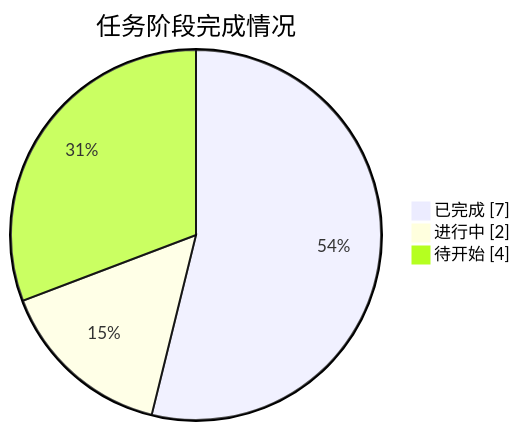
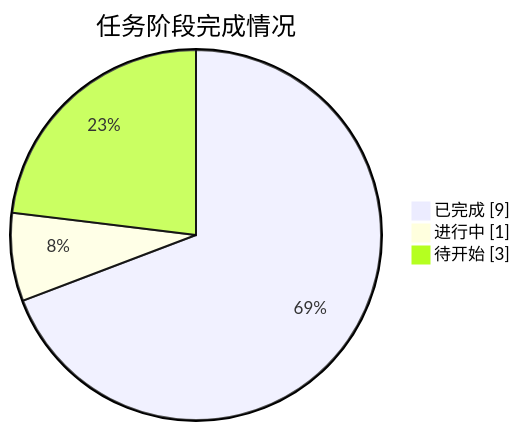
Before and after one commit to J-met77/AAW-mathorcup-2025-B-1: the diagram in README.md, drawn with Mermaid. The commit also changed other lines of this file and 14 other files, not shown here.

````diff
--- a/README.md
+++ b/README.md
@@ -27,7 +27,7 @@
 ```mermaid
 pie showData
     title 任务阶段完成情况
-    "已完成" : 7
-    "进行中" : 2
-    "待开始" : 4
+    "已完成" : 9
+    "进行中" : 1
+    "待开始" : 3
 ```
````
